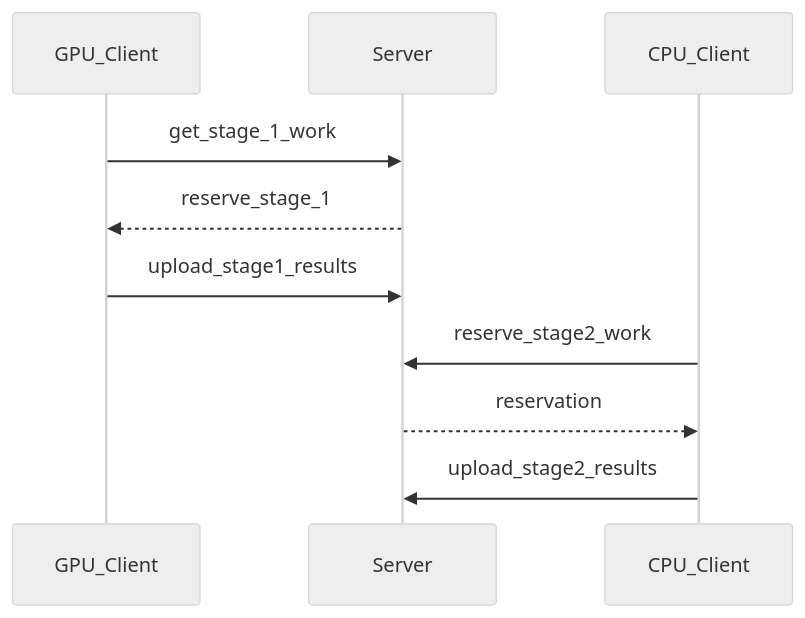
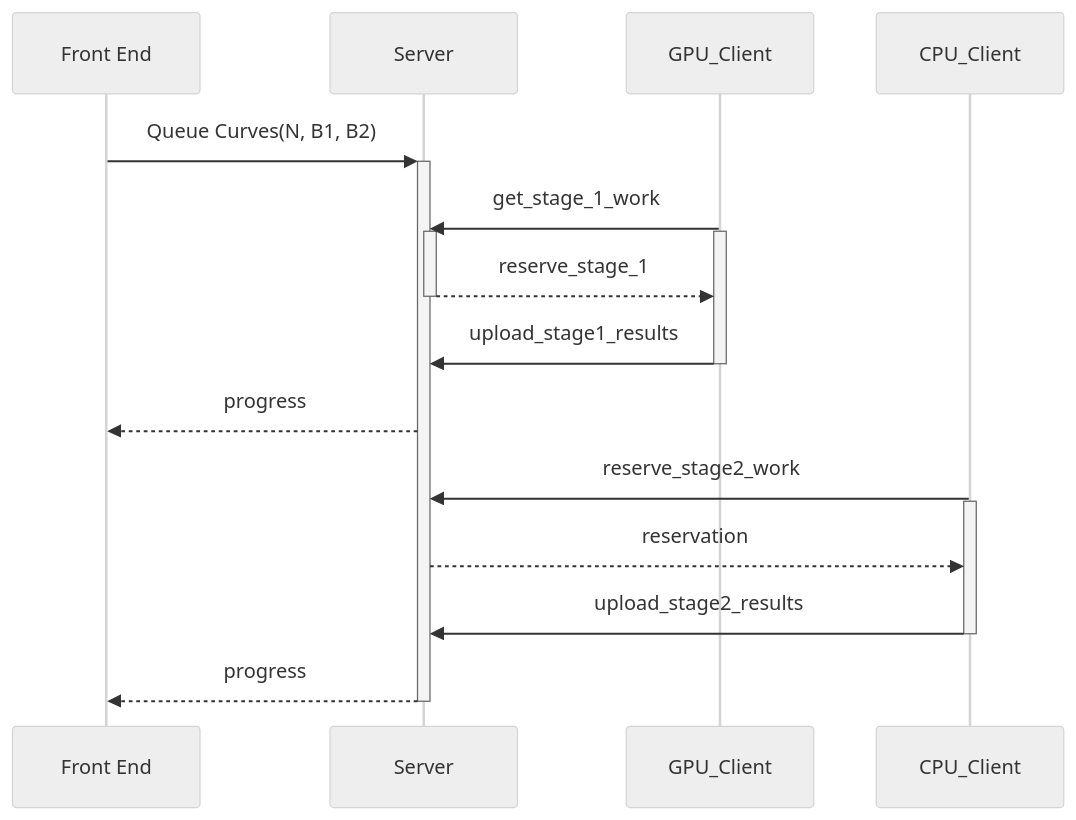
Before and after one commit to sethtroisi/ecm-db: the diagram in README.md, drawn with Mermaid (neutral theme).

Commit message:
Update README.md
Add Front end to Sequence Diagram

````diff
--- a/README.md
+++ b/README.md
@@ -18,14 +18,24 @@
 ```mermaid
 sequenceDiagram;
+    participant F as Front End
+    participant S as Server
     participant GC as GPU_Client
-    participant S as Server
     participant CC as CPU_Client
 
-    GC->>S: get_stage_1_work
-    S-->>GC: reserve_stage_1
+    F->>+S: Queue Curves(N, B1, B2)
+
+    GC->>+S: get_stage_1_work
+    activate GC
+    S-->>-GC: reserve_stage_1
     GC->>S: upload_stage1_results
+    deactivate GC
+    S-->>F: progress
 
     CC->>S: reserve_stage2_work
+    activate CC
     S-->>CC: reservation
     CC->>S: upload_stage2_results
+    deactivate CC
+
+    S-->>-F: progress
 ```
````
